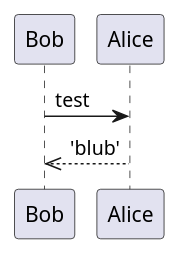
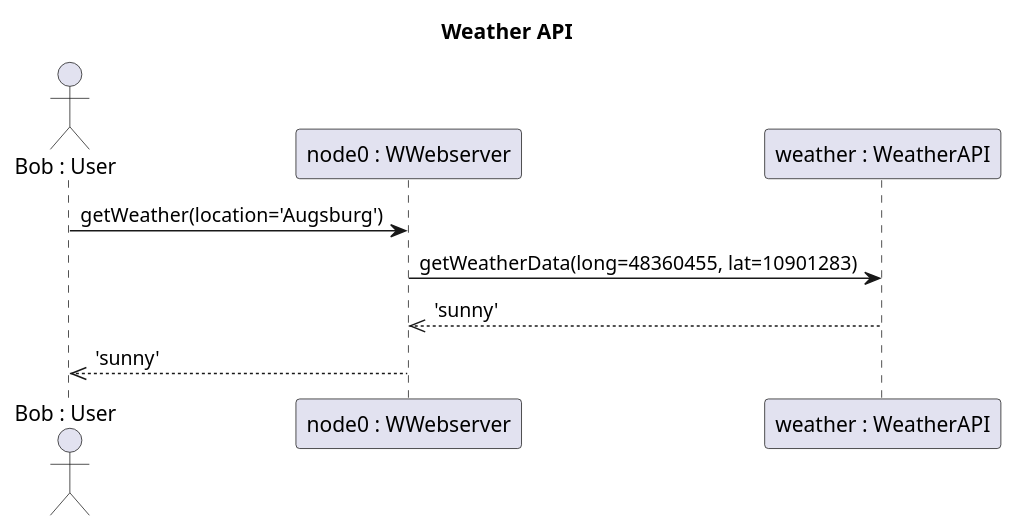
Before and after one commit to elite-se/mdd-puml-to-uml: the diagram in qvto/models/example.plantuml, drawn with PlantUML. The commit also changed 3 other files, not shown here.

```diff
--- a/qvto/models/example.plantuml
+++ b/qvto/models/example.plantuml
@@ -1,6 +1,10 @@
 @startuml
-participant "Bob"
-participant "Alice"
-"Bob" -> "Alice" : test
-"Alice" -->> "Bob" : 'blub'
+title Weather API
+actor "Bob : User" as Bob
+participant "node0 : WWebserver" as node0
+participant "weather : WeatherAPI" as anonymusWeatherAPI1
+Bob -> node0: getWeather(location='Augsburg')
+node0 -> anonymusWeatherAPI1: getWeatherData(long=48360455, lat=10901283)
+node0 <<-- anonymusWeatherAPI1: 'sunny'
+Bob <<-- node0: 'sunny'
 @enduml
```
